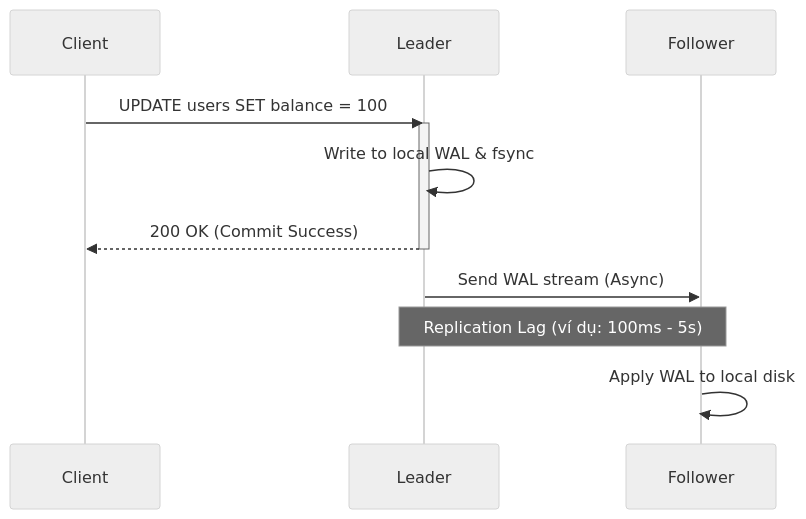
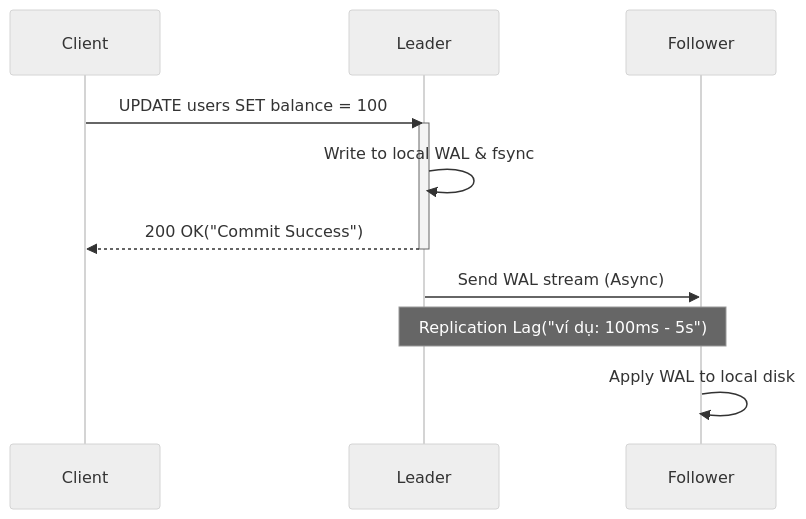
Before and after one commit to kythuatdulieu/kythuatdulieu.github.io: the second of 2 diagrams in src/content/docs/concepts/1-distributed-systems-architecture/relational-database.md, drawn with Mermaid (neutral theme). The commit also changed 190 other files, not shown here.

Commit message:
fix: resolve mermaid syntax, math rendering, and metadata issues from content rewrite

````diff
--- a/src/content/docs/concepts/1-distributed-systems-architecture/relational-database.md
+++ b/src/content/docs/concepts/1-distributed-systems-architecture/relational-database.md
@@ -75,15 +75,15 @@
 ```mermaid
 sequenceDiagram
     participant Client
     participant Leader
     participant Follower
     
     Client->>Leader: UPDATE users SET balance = 100
     activate Leader
     Leader->>Leader: Write to local WAL & fsync
-    Leader-->>Client: 200 OK (Commit Success)
+    Leader-->>Client: 200 OK("Commit Success")
     deactivate Leader
     Leader->>Follower: Send WAL stream (Async)
-    Note over Leader,Follower: Replication Lag (ví dụ: 100ms - 5s)
+    Note over Leader,Follower: Replication Lag("ví dụ: 100ms - 5s")
     Follower->>Follower: Apply WAL to local disk
 ```
````
